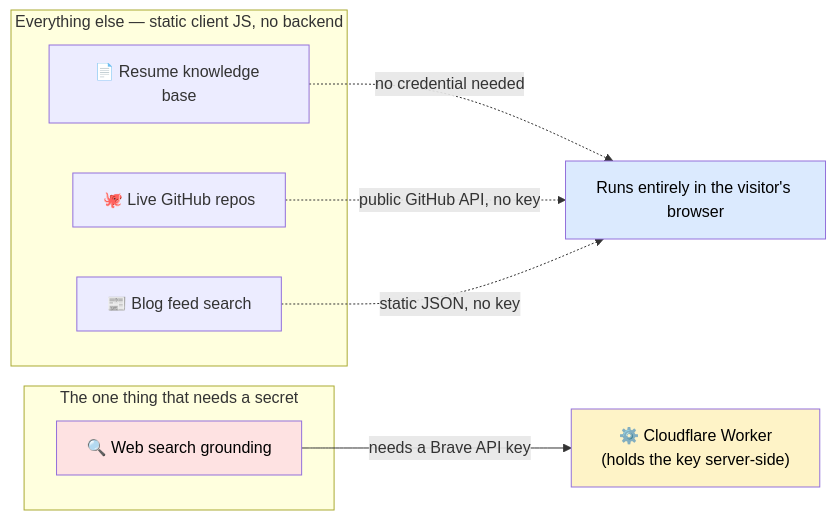
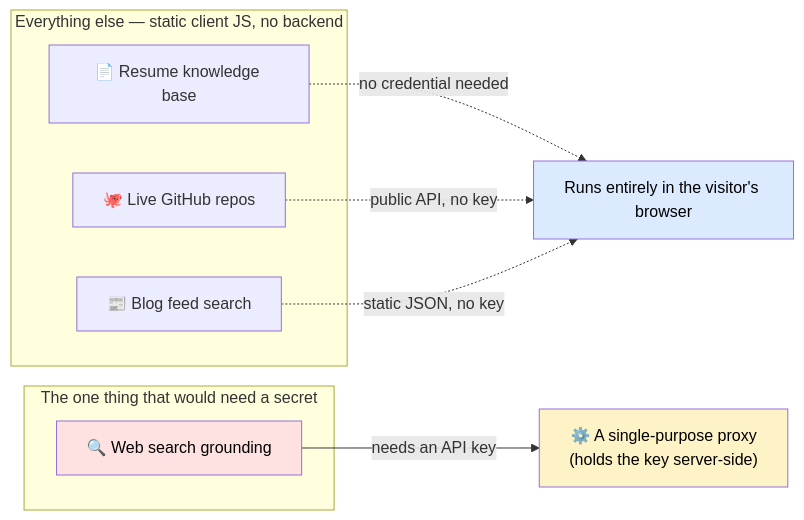
The first of 2 diagrams in _posts/2026-09-25-web-grounded-chatbot-chrome-on-device-ai-cloudflare-worker.md (veeresh-bikkaneti/techtalkwith-veeresh), drawn with Mermaid before and after one commit. The commit also changed other lines of this file and 1 other file, not shown here.

````diff
--- a/_posts/2026-09-25-web-grounded-chatbot-chrome-on-device-ai-cloudflare-worker.md
+++ b/_posts/2026-09-25-web-grounded-chatbot-chrome-on-device-ai-cloudflare-worker.md
@@ -35,21 +35,21 @@
 ```mermaid
 flowchart LR
     subgraph Static["Everything else — static client JS, no backend"]
         KB["📄 Resume knowledge base"]
         Repos["🐙 Live GitHub repos"]
         Blog["📰 Blog feed search"]
     end
 
-    subgraph Secret["The one thing that needs a secret"]
+    subgraph Secret["The one thing that would need a secret"]
         Search["🔍 Web search grounding"]
     end
 
     KB -.->|"no credential needed"| Browser1["Runs entirely in the visitor's browser"]
-    Repos -.->|"public GitHub API, no key"| Browser1
+    Repos -.->|"public API, no key"| Browser1
     Blog -.->|"static JSON, no key"| Browser1
-    Search -->|"needs a Brave API key"| Worker["⚙️ Cloudflare Worker<br/>(holds the key server-side)"]
+    Search -->|"needs an API key"| Proxy["⚙️ A single-purpose proxy<br/>(holds the key server-side)"]
 
     style Search fill:#fee2e2,color:#000
-    style Worker fill:#fef3c7,color:#000
+    style Proxy fill:#fef3c7,color:#000
     style Browser1 fill:#dbeafe,color:#000
 ```
````
